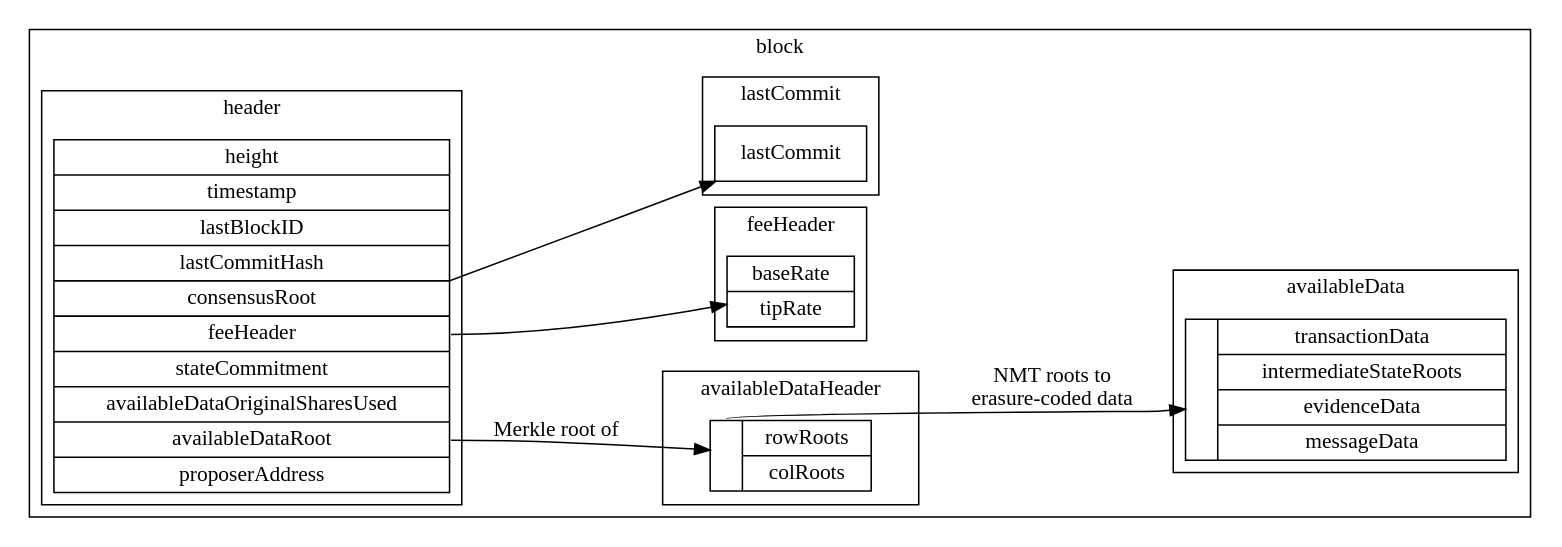
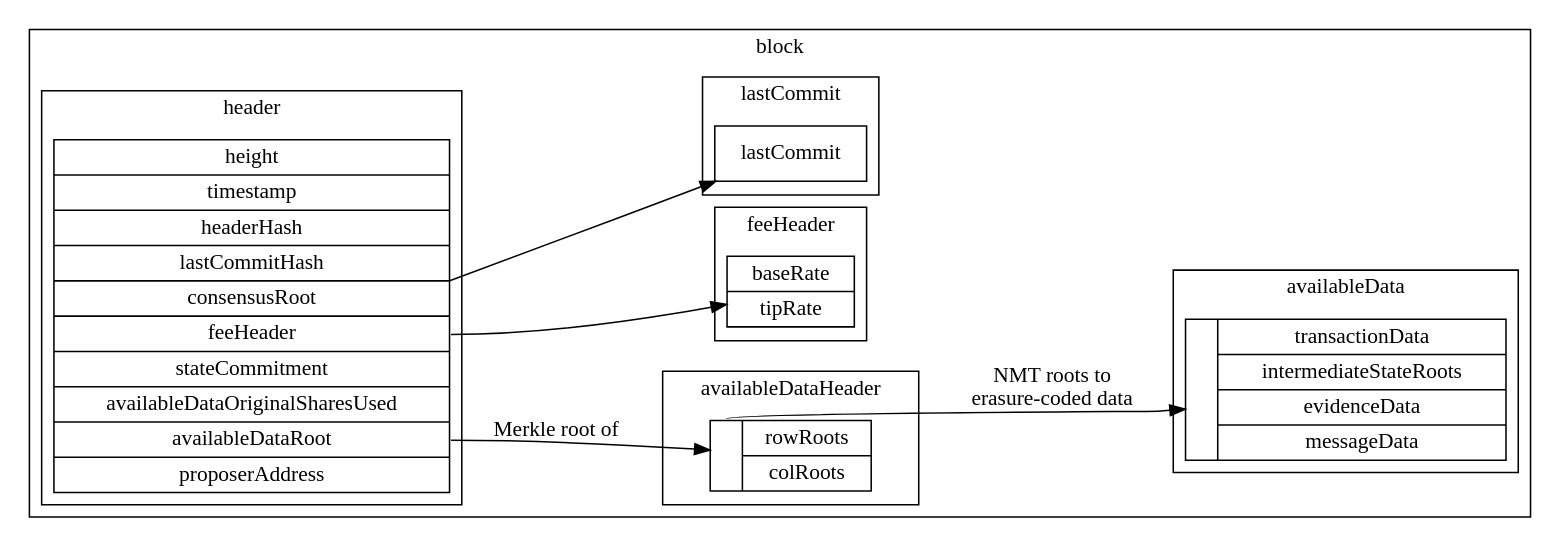
Before and after one commit to celestiaorg/celestia-specs: the diagram in specs/figures/block_data_structures.dot, drawn with Graphviz. The commit also changed 4 other files, not shown here.

```diff
--- a/specs/figures/block_data_structures.dot
+++ b/specs/figures/block_data_structures.dot
@@ -1,42 +1,42 @@
 digraph G {
     rankdir = "LR";
     node [shape = record];
 
     subgraph cluster_block {
         label = "block";
 
         subgraph cluster_availableheader {
             label = "availableDataHeader";
             struct5 [label = "{<f0> | { rowRoots | colRoots } }"];
         }
 
         subgraph cluster_body {
             label = "availableData";
             struct4 [label = "{ | { transactionData | intermediateStateRoots | evidenceData | messageData } }"];
         }
 
         subgraph cluster_feeheader {
             label = "feeHeader";
             struct3 [label = "baseRate | tipRate"];
         }
 
         subgraph cluster_lastcommit {
             label = "lastCommit";
             struct2 [label = "{lastCommit}"];
         }
 
         subgraph cluster_header {
             label = "header";
-            struct1 [label = "height | timestamp | lastBlockID | <f3> lastCommitHash | consensusRoot | <f5> feeHeader | stateCommitment | availableDataOriginalSharesUsed | <f8> availableDataRoot | proposerAddress"];
+            struct1 [label = "height | timestamp | headerHash | <f3> lastCommitHash | consensusRoot | <f5> feeHeader | stateCommitment | availableDataOriginalSharesUsed | <f8> availableDataRoot | proposerAddress"];
         }
     }
 
     struct1:f4 -> struct2;
     struct1:f5 -> struct3;
     struct1:f8 -> struct5 [label = "Merkle root of"];
     struct5:f0 -> struct4 [label = "NMT roots to\nerasure-coded data"];
 
     edge [style = invis];
     struct1 -> struct4;
     struct1 -> struct5;
 }
```
